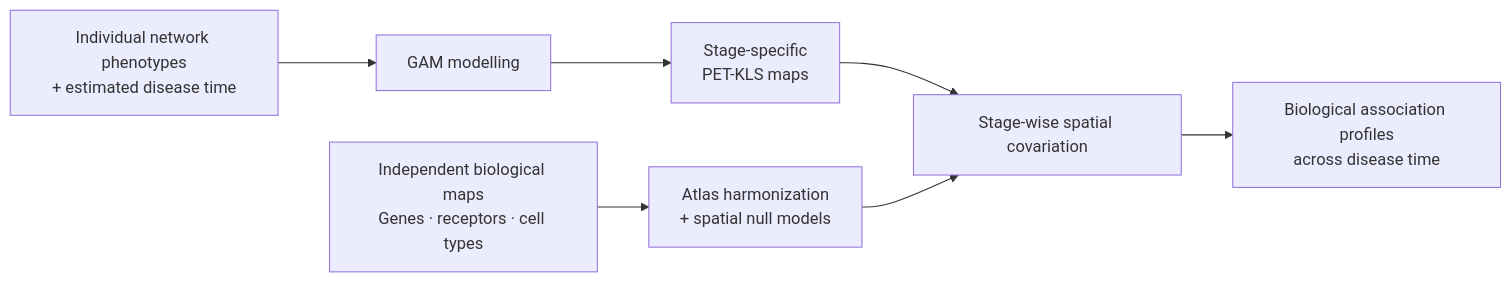
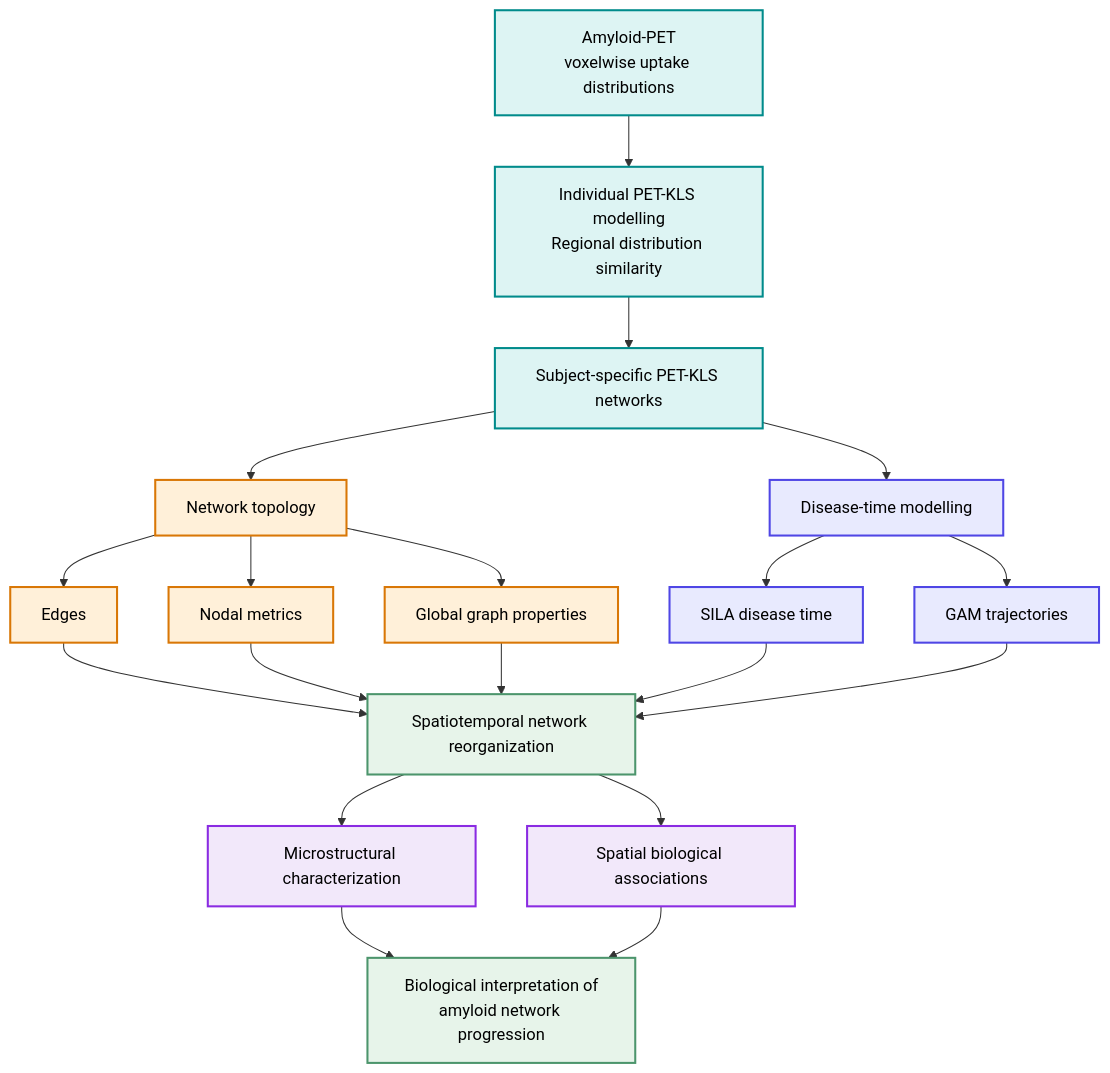
One commit to PET-KLS/.github changed the diagram in profile/README.md. Above: the diagram before and after it, drawn with Mermaid.

Commit message:
Revise flowchart for network phenotypes and modelling
Updated the flowchart in the README to reflect new network phenotypes and modelling processes.

````diff
--- a/profile/README.md
+++ b/profile/README.md
@@ -98,16 +98,60 @@
 ```mermaid
-flowchart LR
-    A["Individual network phenotypes<br/>+ estimated disease time"]
-    B["GAM modelling"]
-    C["Stage-specific<br/>PET-KLS maps"]
+flowchart TD
 
-    D["Independent biological maps<br/>Genes · receptors · cell types"]
-    E["Atlas harmonization<br/>+ spatial null models"]
+    A["Amyloid-PET<br/>voxelwise uptake distributions"]
+    B["Individual PET-KLS modelling<br/>Regional distribution similarity"]
+    C["Subject-specific PET-KLS networks"]
 
-    F["Stage-wise spatial covariation"]
-    G["Biological association profiles<br/>across disease time"]
+    D["Network topology"]
+    E["Disease-time modelling"]
 
-    A --> B --> C --> F
-    D --> E --> F
+    D1["Edges"]
+    D2["Nodal metrics"]
+    D3["Global graph properties"]
+
+    E1["SILA disease time"]
+    E2["GAM trajectories"]
+
+    F["Spatiotemporal network reorganization"]
+
+    G["Microstructural characterization"]
+    H["Spatial biological associations"]
+
+    I["Biological interpretation of<br/>amyloid network progression"]
+
+    A --> B --> C
+
+    C --> D
+    C --> E
+
+    D --> D1
+    D --> D2
+    D --> D3
+
+    E --> E1
+    E --> E2
+
+    D1 --> F
+    D2 --> F
+    D3 --> F
+    E1 --> F
+    E2 --> F
+
     F --> G
+    F --> H
+
+    G --> I
+    H --> I
+
+    classDef pet fill:#DDF4F3,stroke:#008B8B,stroke-width:2px,color:#000;
+    classDef topology fill:#FFF0D9,stroke:#D97706,stroke-width:2px,color:#000;
+    classDef temporal fill:#E8EAFE,stroke:#4F46E5,stroke-width:2px,color:#000;
+    classDef biology fill:#F2E8FA,stroke:#8A2BE2,stroke-width:2px,color:#000;
+    classDef synthesis fill:#E7F4EA,stroke:#4C956C,stroke-width:2px,color:#000;
+
+    class A,B,C pet;
+    class D,D1,D2,D3 topology;
+    class E,E1,E2 temporal;
+    class G,H biology;
+    class F,I synthesis;
 ```
````
